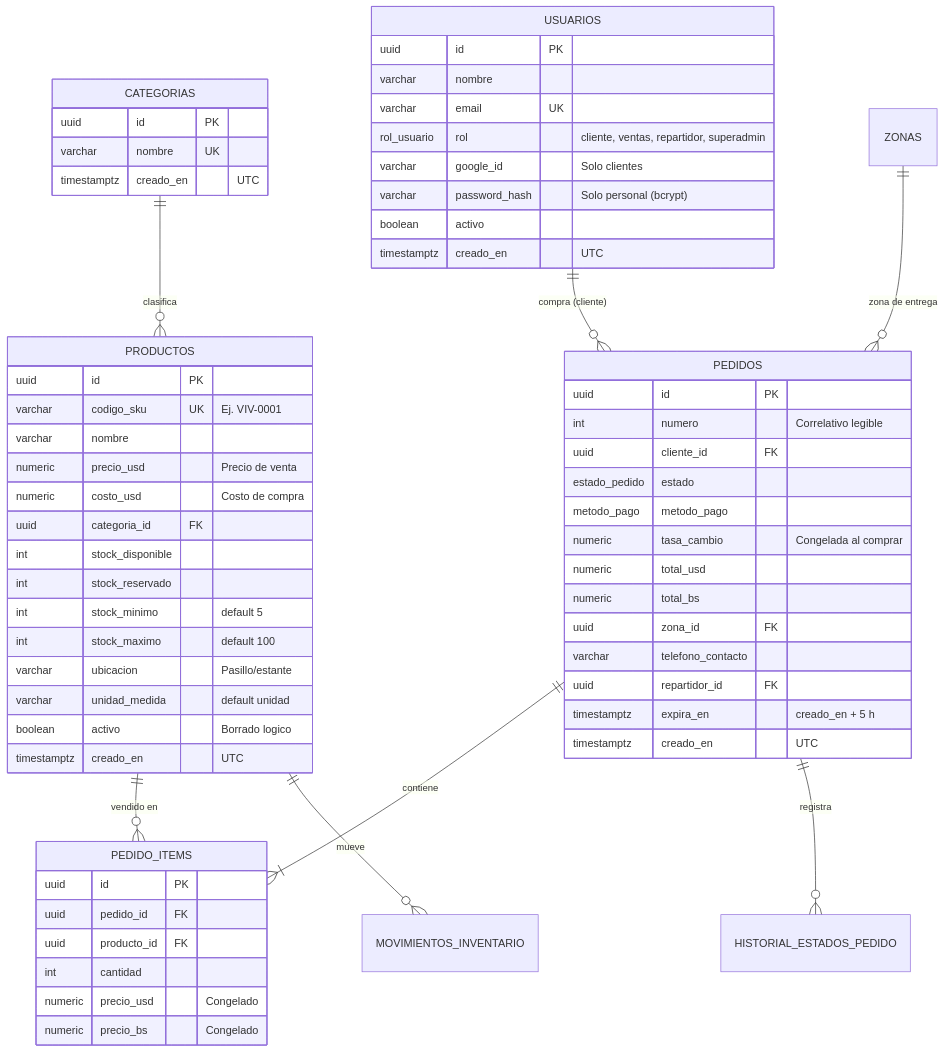
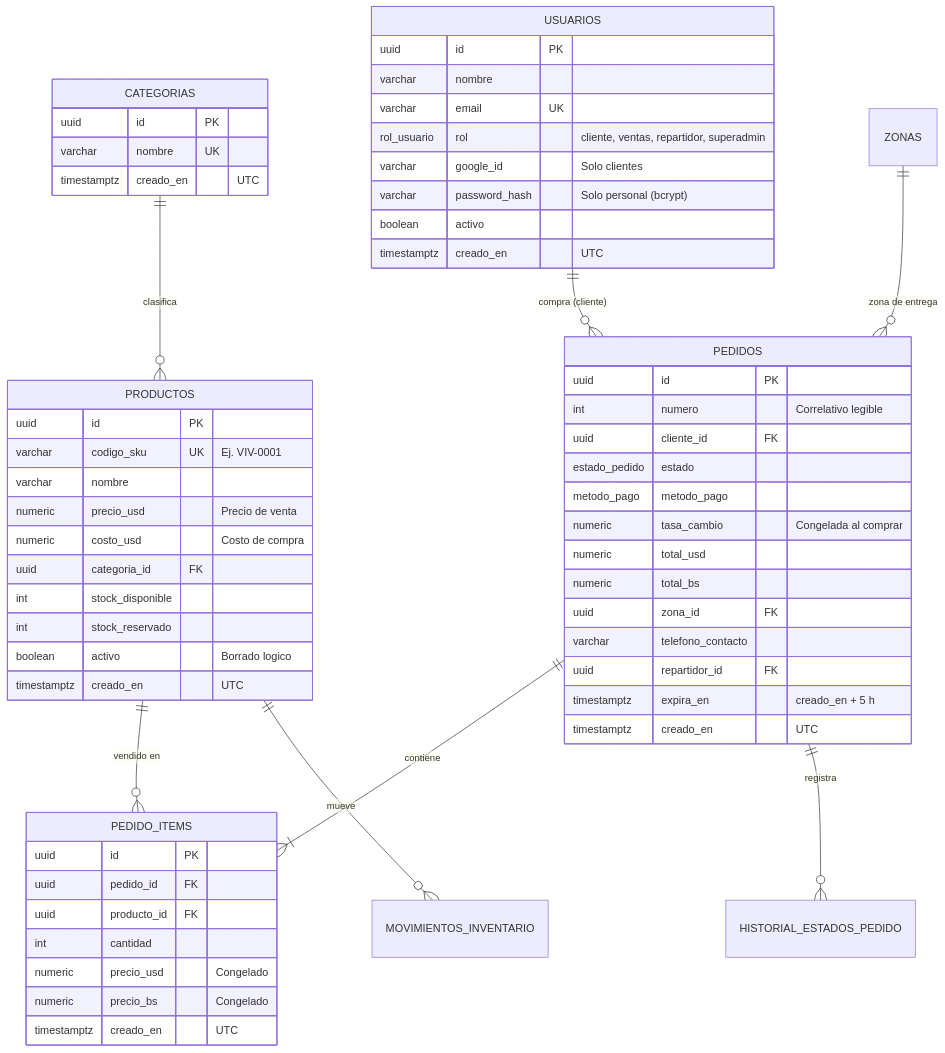
The third of 3 diagrams in README.md (FranciscoSanchez001/Backend_Almacen), drawn with Mermaid before and after one commit. The commit also changed other lines of this file, not shown here.

````diff
--- a/README.md
+++ b/README.md
@@ -99,65 +200,62 @@
 ```mermaid
 erDiagram
     CATEGORIAS ||--o{ PRODUCTOS : "clasifica"
     USUARIOS ||--o{ PEDIDOS : "compra (cliente)"
     ZONAS ||--o{ PEDIDOS : "zona de entrega"
     PEDIDOS ||--|{ PEDIDO_ITEMS : "contiene"
     PRODUCTOS ||--o{ PEDIDO_ITEMS : "vendido en"
     PEDIDOS ||--o{ HISTORIAL_ESTADOS_PEDIDO : "registra"
     PRODUCTOS ||--o{ MOVIMIENTOS_INVENTARIO : "mueve"
 
     CATEGORIAS {
         uuid id PK
         varchar nombre UK
         timestamptz creado_en "UTC"
     }
     PRODUCTOS {
         uuid id PK
         varchar codigo_sku UK "Ej. VIV-0001"
         varchar nombre
         numeric precio_usd "Precio de venta"
         numeric costo_usd "Costo de compra"
         uuid categoria_id FK
         int stock_disponible
         int stock_reservado
-        int stock_minimo "default 5"
-        int stock_maximo "default 100"
-        varchar ubicacion "Pasillo/estante"
-        varchar unidad_medida "default unidad"
         boolean activo "Borrado logico"
         timestamptz creado_en "UTC"
     }
     USUARIOS {
         uuid id PK
         varchar nombre
         varchar email UK
         rol_usuario rol "cliente, ventas, repartidor, superadmin"
         varchar google_id "Solo clientes"
         varchar password_hash "Solo personal (bcrypt)"
         boolean activo
         timestamptz creado_en "UTC"
     }
     PEDIDOS {
         uuid id PK
         int numero "Correlativo legible"
         uuid cliente_id FK
         estado_pedido estado
         metodo_pago metodo_pago
         numeric tasa_cambio "Congelada al comprar"
         numeric total_usd
         numeric total_bs
         uuid zona_id FK
         varchar telefono_contacto
         uuid repartidor_id FK
         timestamptz expira_en "creado_en + 5 h"
         timestamptz creado_en "UTC"
     }
     PEDIDO_ITEMS {
         uuid id PK
         uuid pedido_id FK
         uuid producto_id FK
         int cantidad
         numeric precio_usd "Congelado"
         numeric precio_bs "Congelado"
+        timestamptz creado_en "UTC"
     }
 ```
````
